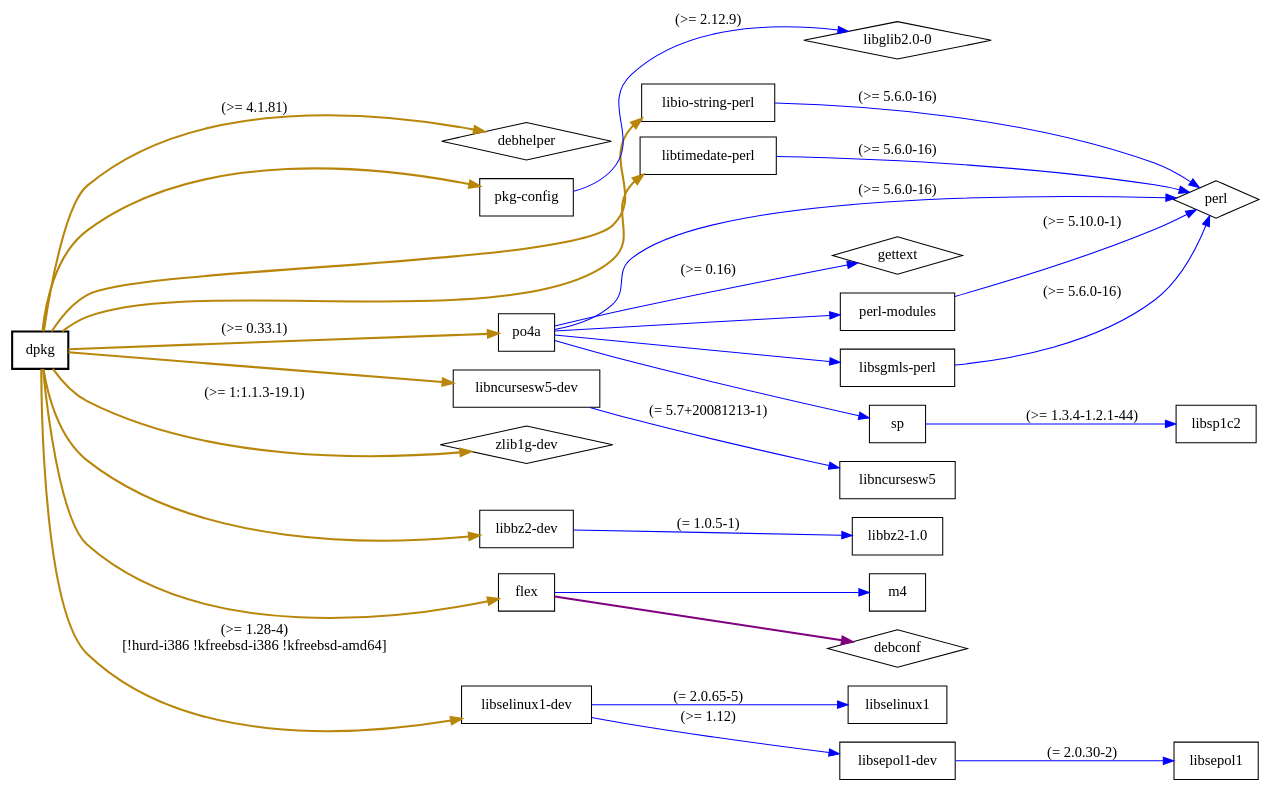
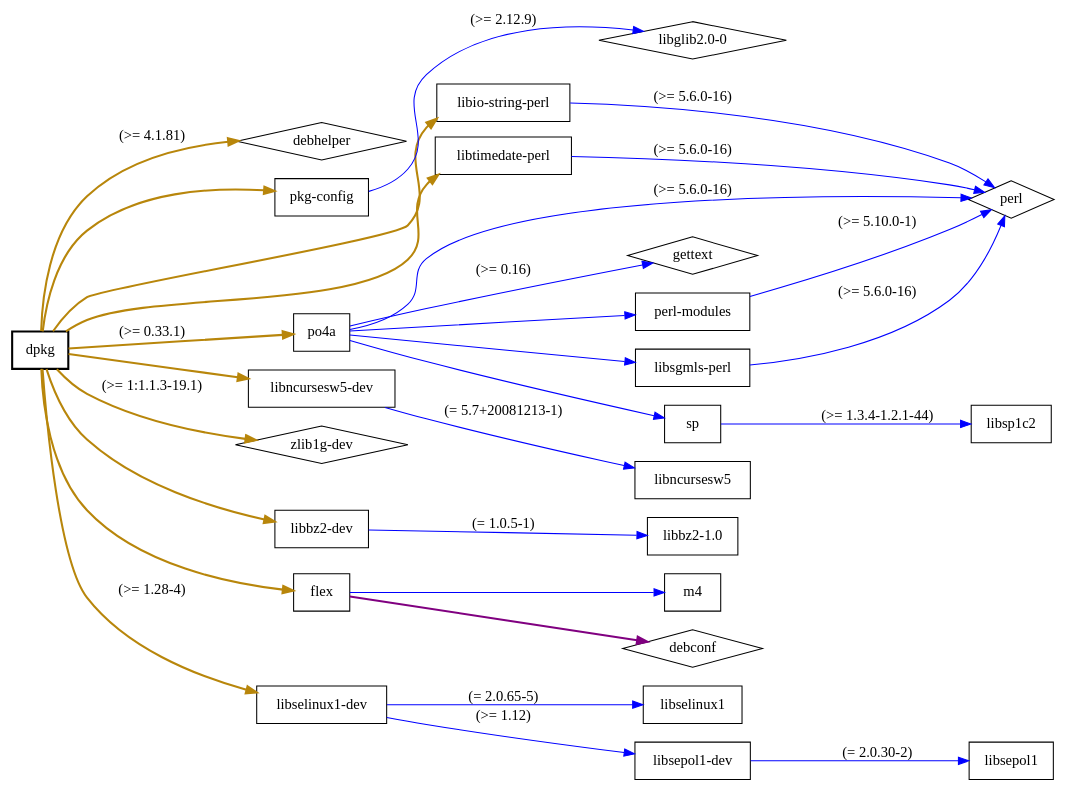
One commit to juandesant/debtree changed the diagram in testset/usage1.dot. Above: the diagram before and after it, drawn with Graphviz. The commit also changed 2 other files, not shown here.

```diff
--- a/testset/usage1.dot
+++ b/testset/usage1.dot
@@ -1,41 +1,41 @@
 digraph "dpkg" {
 	rankdir=LR;
 	node [shape=box];
 	"dpkg" -> "debhelper" [color=darkgoldenrod,style=bold,label="(>= 4.1.81)"];
 	"dpkg" -> "pkg-config" [color=darkgoldenrod,style=bold];
 	"pkg-config" -> "libglib2.0-0" [color=blue,label="(>= 2.12.9)"];
 	"dpkg" -> "po4a" [color=darkgoldenrod,style=bold,label="(>= 0.33.1)"];
 	"po4a" -> "perl" [color=blue,label="(>= 5.6.0-16)"];
 	"po4a" -> "gettext" [color=blue,label="(>= 0.16)"];
 	"po4a" -> "perl-modules" [color=blue];
 	"perl-modules" -> "perl" [color=blue,label="(>= 5.10.0-1)"];
 	"po4a" -> "libsgmls-perl" [color=blue];
 	"libsgmls-perl" -> "perl" [color=blue,label="(>= 5.6.0-16)"];
 	"po4a" -> "sp" [color=blue];
 	"sp" -> "libsp1c2" [color=blue,label="(>= 1.3.4-1.2.1-44)"];
 	"dpkg" -> "libncursesw5-dev" [color=darkgoldenrod,style=bold];
 	"libncursesw5-dev" -> "libncursesw5" [color=blue,label="(= 5.7+20081213-1)"];
 	"dpkg" -> "zlib1g-dev" [color=darkgoldenrod,style=bold,label="(>= 1:1.1.3-19.1)"];
 	"dpkg" -> "libbz2-dev" [color=darkgoldenrod,style=bold];
 	"libbz2-dev" -> "libbz2-1.0" [color=blue,label="(= 1.0.5-1)"];
 	"dpkg" -> "flex" [color=darkgoldenrod,style=bold];
 	"flex" -> "m4" [color=blue];
 	"flex" -> "debconf" [color=purple,style=bold];
-	"dpkg" -> "libselinux1-dev" [color=darkgoldenrod,style=bold,label="(>= 1.28-4)\n[!hurd-i386 !kfreebsd-i386 !kfreebsd-amd64]"];
+	"dpkg" -> "libselinux1-dev" [color=darkgoldenrod,style=bold,label="(>= 1.28-4)"];
 	"libselinux1-dev" -> "libselinux1" [color=blue,label="(= 2.0.65-5)"];
 	"libselinux1-dev" -> "libsepol1-dev" [color=blue,label="(>= 1.12)"];
 	"libsepol1-dev" -> "libsepol1" [color=blue,label="(= 2.0.30-2)"];
 	"dpkg" -> "libtimedate-perl" [color=darkgoldenrod,style=bold];
 	"libtimedate-perl" -> "perl" [color=blue,label="(>= 5.6.0-16)"];
 	"dpkg" -> "libio-string-perl" [color=darkgoldenrod,style=bold];
 	"libio-string-perl" -> "perl" [color=blue,label="(>= 5.6.0-16)"];
 	"dpkg" [style="setlinewidth(2)"]
 	"debconf" [shape=diamond];
 	"debhelper" [shape=diamond];
 	"gettext" [shape=diamond];
 	"libglib2.0-0" [shape=diamond];
 	"perl" [shape=diamond];
 	"zlib1g-dev" [shape=diamond];
 }
 // Excluded dependencies:
 // libc-dev libc6 libc6-dev libgcc1 libstdc++6
```
